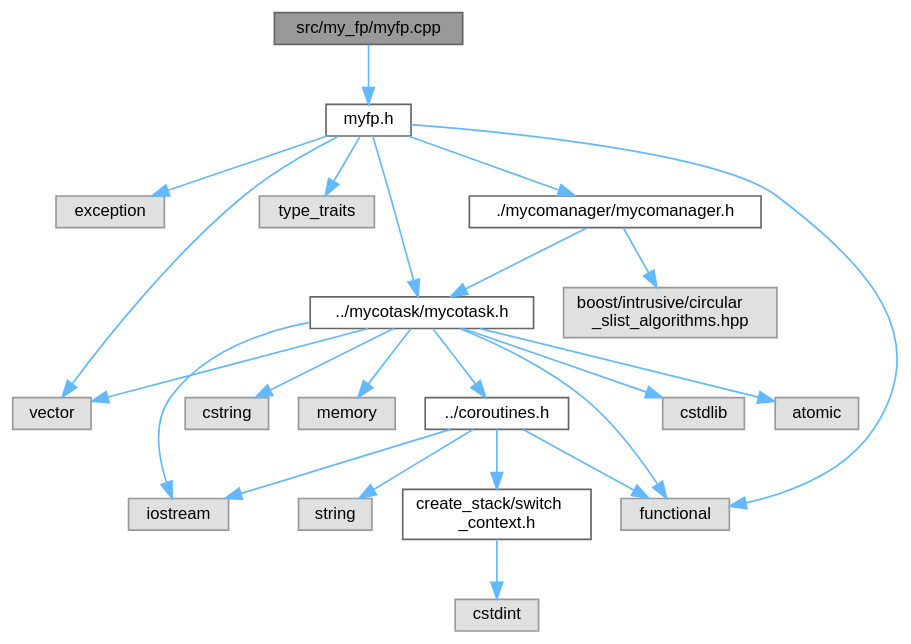
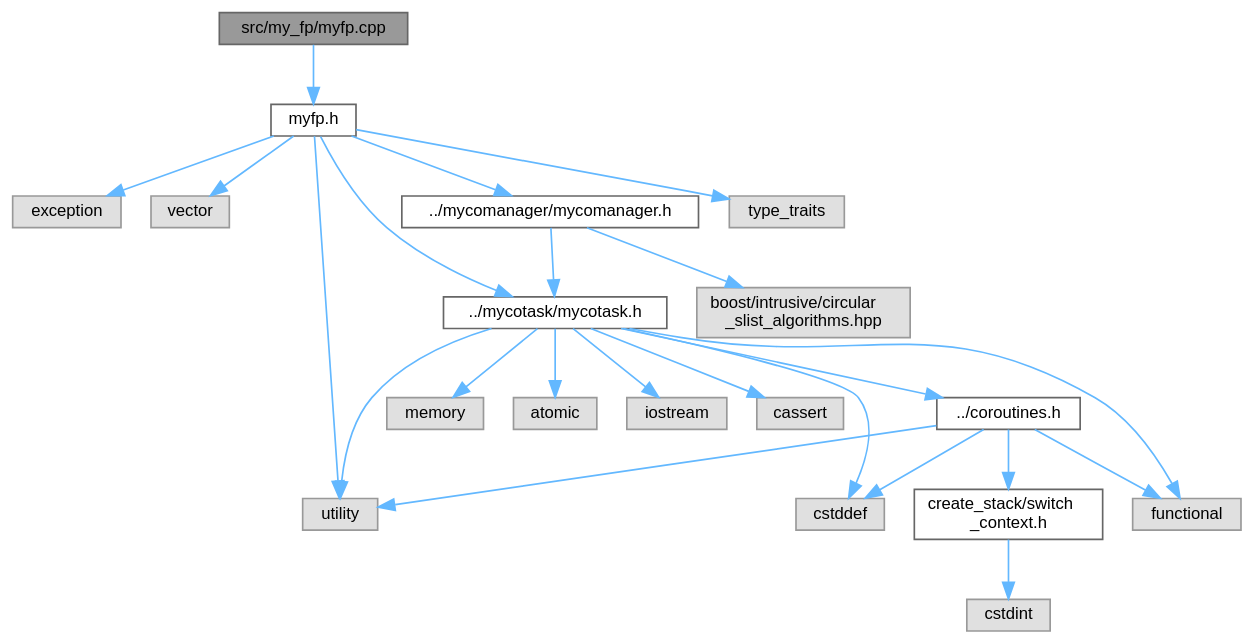
Before and after one commit to lalkaman1981/coroutins: the diagram in myfp_8cpp__incl.dot, drawn with Graphviz. The commit also changed 68 other files, not shown here.

```diff
--- a/myfp_8cpp__incl.dot
+++ b/myfp_8cpp__incl.dot
@@ -1,47 +1,47 @@
 digraph "src/my_fp/myfp.cpp"
 {
  // LATEX_PDF_SIZE
   bgcolor="transparent";
   edge [fontname=Helvetica,fontsize=10,labelfontname=Helvetica,labelfontsize=10];
   node [fontname=Helvetica,fontsize=10,shape=box,height=0.2,width=0.4];
-  Node1 [id="Node000001",label="src/my_fp/myfp.cpp",height=0.2,width=0.4,color="gray40", fillcolor="grey60", style="filled", fontcolor="black",tooltip=" "];
+  Node1 [id="Node000001",label="src/my_fp/myfp.cpp",height=0.2,width=0.4,color="gray40", fillcolor="grey60", style="filled", fontcolor="black",tooltip="Implementation of promise-future void specializations."];
   Node1 -> Node2 [id="edge1_Node000001_Node000002",color="steelblue1",style="solid",tooltip=" "];
-  Node2 [id="Node000002",label="myfp.h",height=0.2,width=0.4,color="grey40", fillcolor="white", style="filled",URL="$myfp_8h.html",tooltip=" "];
+  Node2 [id="Node000002",label="myfp.h",height=0.2,width=0.4,color="grey40", fillcolor="white", style="filled",URL="$myfp_8h.html",tooltip="Promise/Future pattern implementation for coroutines."];
   Node2 -> Node3 [id="edge2_Node000002_Node000003",color="steelblue1",style="solid",tooltip=" "];
   Node3 [id="Node000003",label="exception",height=0.2,width=0.4,color="grey60", fillcolor="#E0E0E0", style="filled",tooltip=" "];
   Node2 -> Node4 [id="edge3_Node000002_Node000004",color="steelblue1",style="solid",tooltip=" "];
-  Node4 [id="Node000004",label="functional",height=0.2,width=0.4,color="grey60", fillcolor="#E0E0E0", style="filled",tooltip=" "];
+  Node4 [id="Node000004",label="vector",height=0.2,width=0.4,color="grey60", fillcolor="#E0E0E0", style="filled",tooltip=" "];
   Node2 -> Node5 [id="edge4_Node000002_Node000005",color="steelblue1",style="solid",tooltip=" "];
-  Node5 [id="Node000005",label="type_traits",height=0.2,width=0.4,color="grey60", fillcolor="#E0E0E0", style="filled",tooltip=" "];
+  Node5 [id="Node000005",label="utility",height=0.2,width=0.4,color="grey60", fillcolor="#E0E0E0", style="filled",tooltip=" "];
   Node2 -> Node6 [id="edge5_Node000002_Node000006",color="steelblue1",style="solid",tooltip=" "];
-  Node6 [id="Node000006",label="vector",height=0.2,width=0.4,color="grey60", fillcolor="#E0E0E0", style="filled",tooltip=" "];
+  Node6 [id="Node000006",label="type_traits",height=0.2,width=0.4,color="grey60", fillcolor="#E0E0E0", style="filled",tooltip=" "];
   Node2 -> Node7 [id="edge6_Node000002_Node000007",color="steelblue1",style="solid",tooltip=" "];
-  Node7 [id="Node000007",label="./mycomanager/mycomanager.h",height=0.2,width=0.4,color="grey40", fillcolor="white", style="filled",URL="$mycomanager_8h.html",tooltip=" "];
+  Node7 [id="Node000007",label="../mycomanager/mycomanager.h",height=0.2,width=0.4,color="grey40", fillcolor="white", style="filled",URL="$mycomanager_8h.html",tooltip="Coroutine scheduler for managing multiple cooperative tasks."];
   Node7 -> Node8 [id="edge7_Node000007_Node000008",color="steelblue1",style="solid",tooltip=" "];
-  Node8 [id="Node000008",label="../mycotask/mycotask.h",height=0.2,width=0.4,color="grey40", fillcolor="white", style="filled",URL="$mycotask_8h.html",tooltip=" "];
+  Node8 [id="Node000008",label="../mycotask/mycotask.h",height=0.2,width=0.4,color="grey40", fillcolor="white", style="filled",URL="$mycotask_8h.html",tooltip="Stackful coroutine implementation with cooperative multitasking."];
   Node8 -> Node9 [id="edge8_Node000008_Node000009",color="steelblue1",style="solid",tooltip=" "];
-  Node9 [id="Node000009",label="atomic",height=0.2,width=0.4,color="grey60", fillcolor="#E0E0E0", style="filled",tooltip=" "];
+  Node9 [id="Node000009",label="cstddef",height=0.2,width=0.4,color="grey60", fillcolor="#E0E0E0", style="filled",tooltip=" "];
   Node8 -> Node10 [id="edge9_Node000008_Node000010",color="steelblue1",style="solid",tooltip=" "];
-  Node10 [id="Node000010",label="cstring",height=0.2,width=0.4,color="grey60", fillcolor="#E0E0E0", style="filled",tooltip=" "];
+  Node10 [id="Node000010",label="functional",height=0.2,width=0.4,color="grey60", fillcolor="#E0E0E0", style="filled",tooltip=" "];
   Node8 -> Node11 [id="edge10_Node000008_Node000011",color="steelblue1",style="solid",tooltip=" "];
   Node11 [id="Node000011",label="memory",height=0.2,width=0.4,color="grey60", fillcolor="#E0E0E0", style="filled",tooltip=" "];
-  Node8 -> Node6 [id="edge11_Node000008_Node000006",color="steelblue1",style="solid",tooltip=" "];
-  Node8 -> Node12 [id="edge12_Node000008_Node000012",color="steelblue1",style="solid",tooltip=" "];
-  Node12 [id="Node000012",label="../coroutines.h",height=0.2,width=0.4,color="grey40", fillcolor="white", style="filled",URL="$coroutines_8h.html",tooltip=" "];
-  Node12 -> Node4 [id="edge13_Node000012_Node000004",color="steelblue1",style="solid",tooltip=" "];
-  Node12 -> Node13 [id="edge14_Node000012_Node000013",color="steelblue1",style="solid",tooltip=" "];
-  Node13 [id="Node000013",label="iostream",height=0.2,width=0.4,color="grey60", fillcolor="#E0E0E0", style="filled",tooltip=" "];
-  Node12 -> Node14 [id="edge15_Node000012_Node000014",color="steelblue1",style="solid",tooltip=" "];
-  Node14 [id="Node000014",label="string",height=0.2,width=0.4,color="grey60", fillcolor="#E0E0E0", style="filled",tooltip=" "];
-  Node12 -> Node15 [id="edge16_Node000012_Node000015",color="steelblue1",style="solid",tooltip=" "];
-  Node15 [id="Node000015",label="create_stack/switch\l_context.h",height=0.2,width=0.4,color="grey40", fillcolor="white", style="filled",URL="$switch__context_8h.html",tooltip=" "];
-  Node15 -> Node16 [id="edge17_Node000015_Node000016",color="steelblue1",style="solid",tooltip=" "];
-  Node16 [id="Node000016",label="cstdint",height=0.2,width=0.4,color="grey60", fillcolor="#E0E0E0", style="filled",tooltip=" "];
-  Node8 -> Node17 [id="edge18_Node000008_Node000017",color="steelblue1",style="solid",tooltip=" "];
-  Node17 [id="Node000017",label="cstdlib",height=0.2,width=0.4,color="grey60", fillcolor="#E0E0E0", style="filled",tooltip=" "];
-  Node8 -> Node4 [id="edge19_Node000008_Node000004",color="steelblue1",style="solid",tooltip=" "];
-  Node8 -> Node13 [id="edge20_Node000008_Node000013",color="steelblue1",style="solid",tooltip=" "];
+  Node8 -> Node12 [id="edge11_Node000008_Node000012",color="steelblue1",style="solid",tooltip=" "];
+  Node12 [id="Node000012",label="atomic",height=0.2,width=0.4,color="grey60", fillcolor="#E0E0E0", style="filled",tooltip=" "];
+  Node8 -> Node13 [id="edge12_Node000008_Node000013",color="steelblue1",style="solid",tooltip=" "];
+  Node13 [id="Node000013",label="../coroutines.h",height=0.2,width=0.4,color="grey40", fillcolor="white", style="filled",URL="$coroutines_8h.html",tooltip="Main coroutine API header."];
+  Node13 -> Node9 [id="edge13_Node000013_Node000009",color="steelblue1",style="solid",tooltip=" "];
+  Node13 -> Node10 [id="edge14_Node000013_Node000010",color="steelblue1",style="solid",tooltip=" "];
+  Node13 -> Node5 [id="edge15_Node000013_Node000005",color="steelblue1",style="solid",tooltip=" "];
+  Node13 -> Node14 [id="edge16_Node000013_Node000014",color="steelblue1",style="solid",tooltip=" "];
+  Node14 [id="Node000014",label="create_stack/switch\l_context.h",height=0.2,width=0.4,color="grey40", fillcolor="white", style="filled",URL="$switch__context_8h.html",tooltip="Core data structures for coroutine context switching."];
+  Node14 -> Node15 [id="edge17_Node000014_Node000015",color="steelblue1",style="solid",tooltip=" "];
+  Node15 [id="Node000015",label="cstdint",height=0.2,width=0.4,color="grey60", fillcolor="#E0E0E0", style="filled",tooltip=" "];
+  Node8 -> Node16 [id="edge18_Node000008_Node000016",color="steelblue1",style="solid",tooltip=" "];
+  Node16 [id="Node000016",label="iostream",height=0.2,width=0.4,color="grey60", fillcolor="#E0E0E0", style="filled",tooltip=" "];
+  Node8 -> Node5 [id="edge19_Node000008_Node000005",color="steelblue1",style="solid",tooltip=" "];
+  Node8 -> Node17 [id="edge20_Node000008_Node000017",color="steelblue1",style="solid",tooltip=" "];
+  Node17 [id="Node000017",label="cassert",height=0.2,width=0.4,color="grey60", fillcolor="#E0E0E0", style="filled",tooltip=" "];
   Node7 -> Node18 [id="edge21_Node000007_Node000018",color="steelblue1",style="solid",tooltip=" "];
   Node18 [id="Node000018",label="boost/intrusive/circular\l_slist_algorithms.hpp",height=0.2,width=0.4,color="grey60", fillcolor="#E0E0E0", style="filled",tooltip=" "];
   Node2 -> Node8 [id="edge22_Node000002_Node000008",color="steelblue1",style="solid",tooltip=" "];
 }
```
